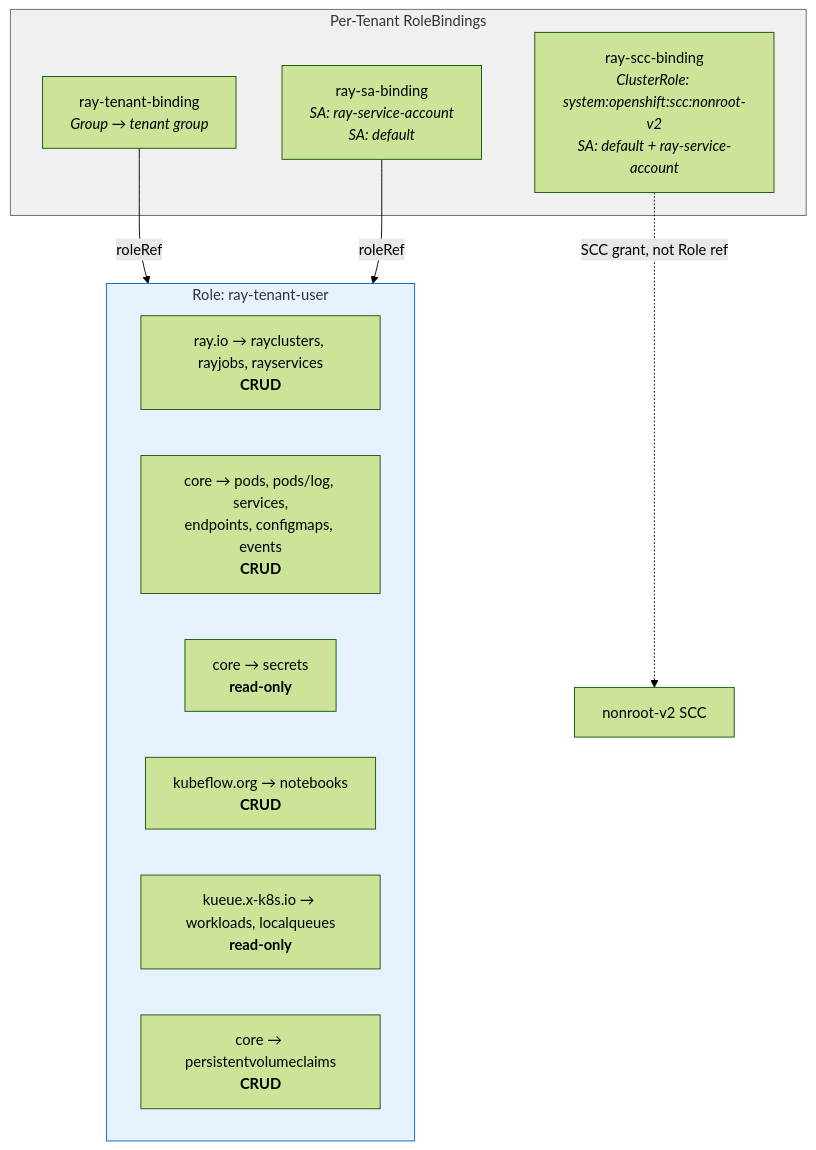
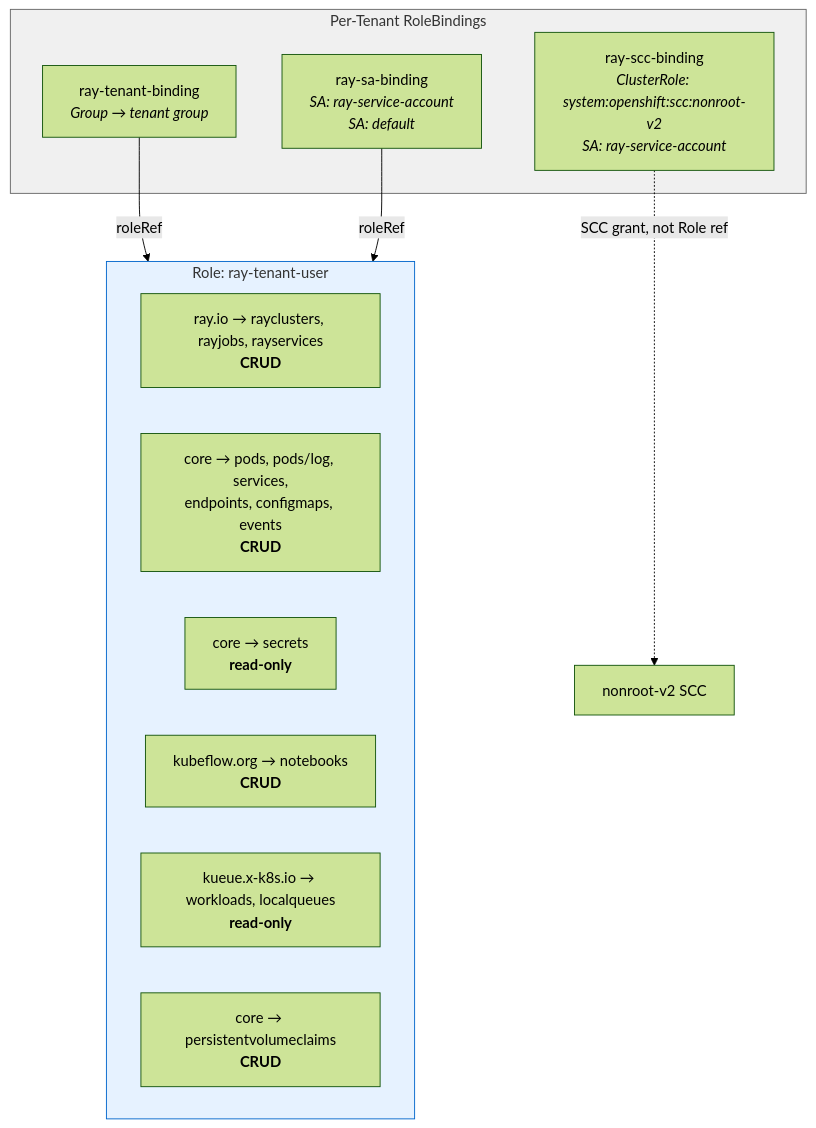
The fourth of 9 diagrams in docs/architecture.md (rrbanda/kray-ops), drawn with Mermaid (forest theme) before and after one commit. The commit also changed other lines of this file and 6 other files, not shown here.

First line of the commit message:
Address review feedback: narrow SCC binding, fix quota/LimitRange mismatch, add RHOAI doc refs

````diff
--- a/docs/architecture.md
+++ b/docs/architecture.md
@@ -126,24 +126,24 @@
 ```mermaid
 graph TD
     subgraph roleDefinition["Role: ray-tenant-user"]
         R1["ray.io → rayclusters, rayjobs, rayservices<br/><b>CRUD</b>"]
         R2["core → pods, pods/log, services,<br/>endpoints, configmaps, events<br/><b>CRUD</b>"]
         R3["core → secrets<br/><b>read-only</b>"]
         R4["kubeflow.org → notebooks<br/><b>CRUD</b>"]
         R5["kueue.x-k8s.io → workloads, localqueues<br/><b>read-only</b>"]
         R6["core → persistentvolumeclaims<br/><b>CRUD</b>"]
     end
 
     subgraph bindings["Per-Tenant RoleBindings"]
         B1["ray-tenant-binding<br/><i>Group → tenant group</i>"]
         B2["ray-sa-binding<br/><i>SA: ray-service-account</i><br/><i>SA: default</i>"]
-        B3["ray-scc-binding<br/><i>ClusterRole: system:openshift:scc:nonroot-v2</i><br/><i>SA: default + ray-service-account</i>"]
+        B3["ray-scc-binding<br/><i>ClusterRole: system:openshift:scc:nonroot-v2</i><br/><i>SA: ray-service-account</i>"]
     end
 
     B1 -->|roleRef| roleDefinition
     B2 -->|roleRef| roleDefinition
     B3 -.->|SCC grant, not Role ref| SCC["nonroot-v2 SCC"]
 
     style roleDefinition fill:#e6f2ff,stroke:#0066cc
     style bindings fill:#f0f0f0,stroke:#666
 ```
````
